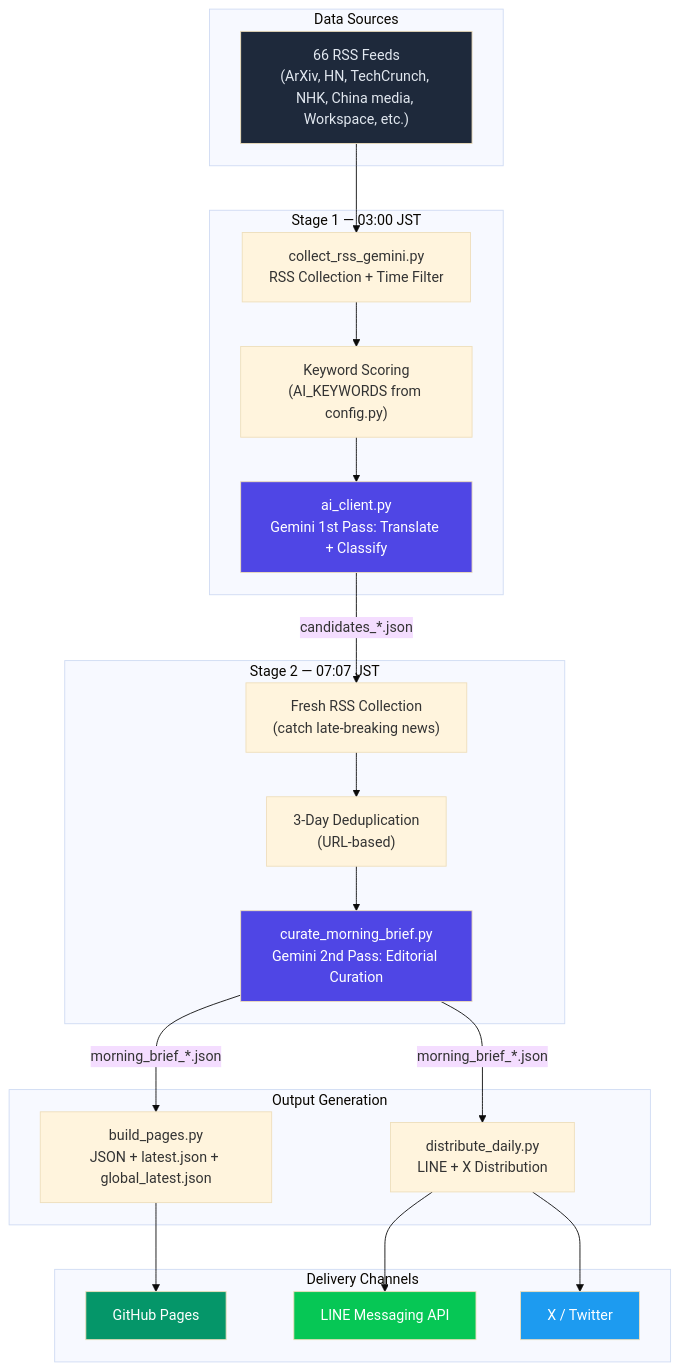
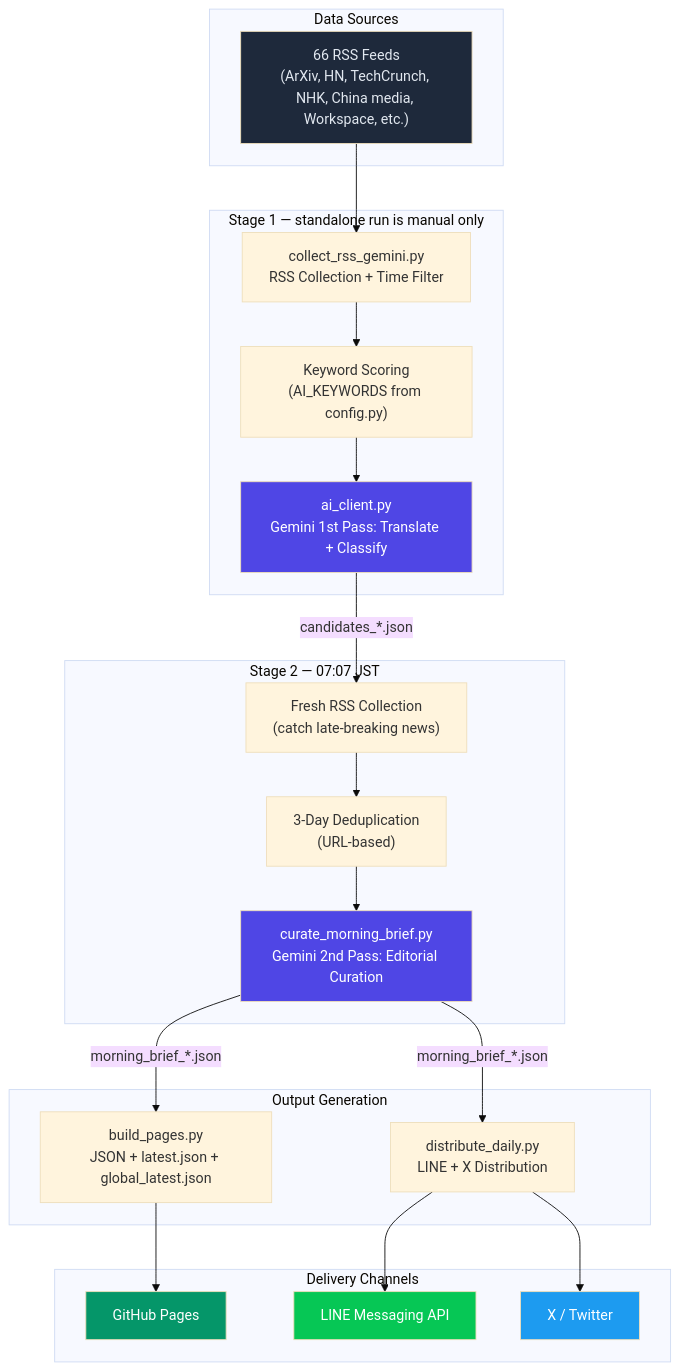
The diagram in README_EN.md (TadFuji/ai-news-bot), drawn with Mermaid (base theme) before and after one commit. The commit also changed other lines of this file and 7 other files, not shown here.

````diff
--- a/README_EN.md
+++ b/README_EN.md
@@ -56,45 +58,45 @@
 ```mermaid
 graph TD
     subgraph "Data Sources"
         RSS["66 RSS Feeds<br/>(ArXiv, HN, TechCrunch, NHK, China media, Workspace, etc.)"]
     end
 
-    subgraph "Stage 1 — 03:00 JST"
+    subgraph "Stage 1 — standalone run is manual only"
         COLLECT["collect_rss_gemini.py<br/>RSS Collection + Time Filter"]
         SCORE["Keyword Scoring<br/>(AI_KEYWORDS from config.py)"]
         GEMINI1["ai_client.py<br/>Gemini 1st Pass: Translate + Classify"]
     end
 
     subgraph "Stage 2 — 07:07 JST"
         FRESH["Fresh RSS Collection<br/>(catch late-breaking news)"]
         DEDUP["3-Day Deduplication<br/>(URL-based)"]
         GEMINI2["curate_morning_brief.py<br/>Gemini 2nd Pass: Editorial Curation"]
     end
 
     subgraph "Output Generation"
         BUILD["build_pages.py<br/>JSON + latest.json + global_latest.json"]
         DIST["distribute_daily.py<br/>LINE + X Distribution"]
     end
 
     subgraph "Delivery Channels"
         WEB["GitHub Pages"]
         LINE["LINE Messaging API"]
         X["X / Twitter"]
     end
 
     RSS --> COLLECT --> SCORE --> GEMINI1
     GEMINI1 -->|"candidates_*.json"| FRESH
     FRESH --> DEDUP --> GEMINI2
     GEMINI2 -->|"morning_brief_*.json"| BUILD
     GEMINI2 -->|"morning_brief_*.json"| DIST
     BUILD --> WEB
     DIST --> LINE
     DIST --> X
 
     style RSS fill:#1e293b,color:#e2e8f0
     style GEMINI1 fill:#4f46e5,color:#fff
     style GEMINI2 fill:#4f46e5,color:#fff
     style WEB fill:#059669,color:#fff
     style LINE fill:#06c755,color:#fff
     style X fill:#1d9bf0,color:#fff
 ```
````
